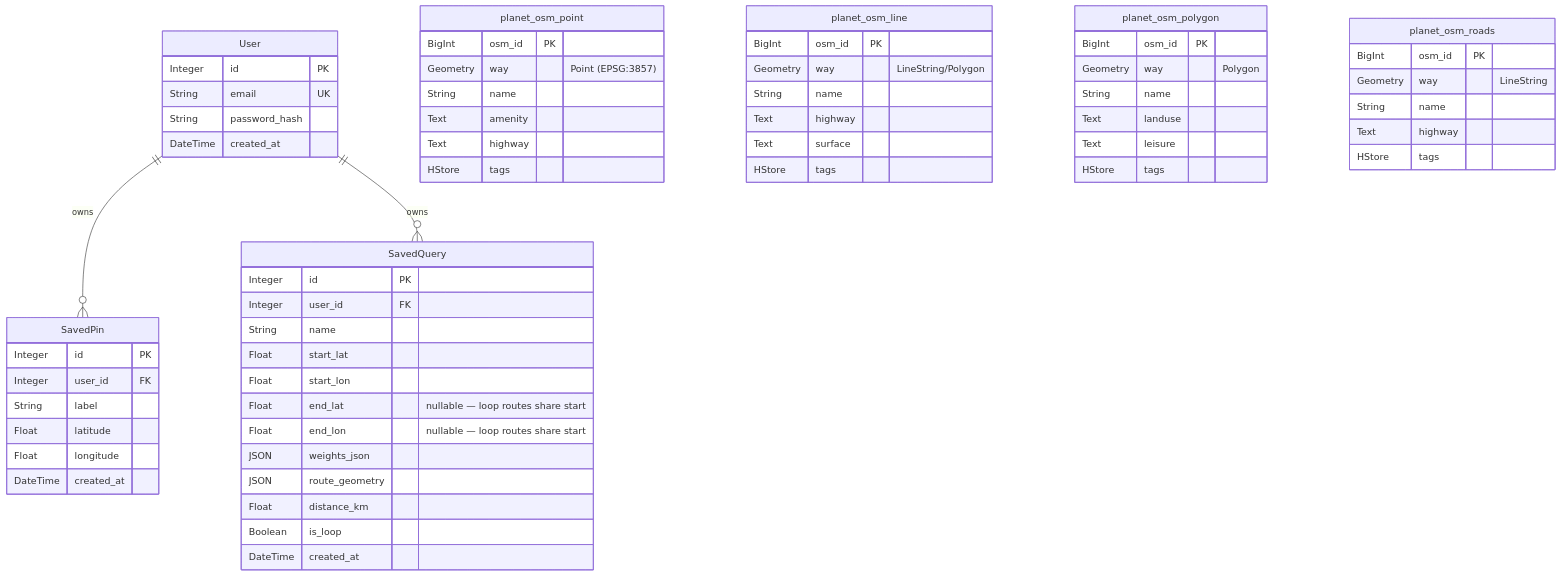
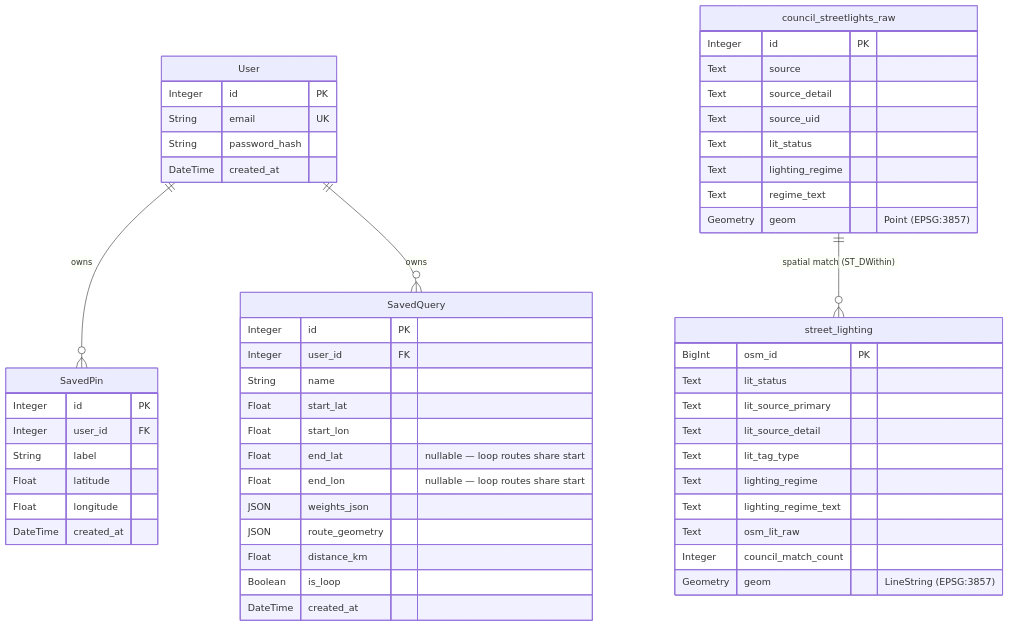
Before and after one commit to Chimpyr/pathfinder-project: the diagram in docs/report_diagrams/6_erd_dual_schema.md, drawn with Mermaid. The commit also changed other lines of this file and 2 other files, not shown here.

Commit message:
update diagrams for street lighting

````diff
--- a/docs/report_diagrams/6_erd_dual_schema.md
+++ b/docs/report_diagrams/6_erd_dual_schema.md
@@ -5,82 +5,73 @@
 ```mermaid
 erDiagram
     %% USER DB SCHEMA
     User {
         Integer id PK
         String email UK
         String password_hash
         DateTime created_at
     }
 
     SavedPin {
         Integer id PK
         Integer user_id FK
         String label
         Float latitude
         Float longitude
         DateTime created_at
     }
 
     SavedQuery {
         Integer id PK
         Integer user_id FK
         String name
         Float start_lat
         Float start_lon
         Float end_lat "nullable — loop routes share start"
         Float end_lon "nullable — loop routes share start"
         JSON weights_json
         JSON route_geometry
         Float distance_km
         Boolean is_loop
         DateTime created_at
     }
 
     %% NOTE: The report body may reference a "SavedRoute" model.
     %% No such model exists. SavedQuery fulfils this role via
     %% route_geometry (JSON) and is_loop (Boolean) columns.
     %% See: app/models/saved_query.py
 
     %% Relationships in user_db
     User ||--o{ SavedPin : "owns"
     User ||--o{ SavedQuery : "owns"
 
-    %% POSTGIS DB SCHEMA (osm2pgsql structure)
-    planet_osm_point {
-        BigInt osm_id PK
-        Geometry way "Point (EPSG:3857)"
-        String name
-        Text amenity
-        Text highway
-        HStore tags
+    %% POSTGIS DB SCHEMA (street-lighting overlay)
+    council_streetlights_raw {
+        Integer id PK
+        Text source
+        Text source_detail
+        Text source_uid
+        Text lit_status
+        Text lighting_regime
+        Text regime_text
+        Geometry geom "Point (EPSG:3857)"
     }
 
-    planet_osm_line {
+    street_lighting {
         BigInt osm_id PK
-        Geometry way "LineString/Polygon"
-        String name
-        Text highway
-        Text surface
-        HStore tags
+        Text lit_status
+        Text lit_source_primary
+        Text lit_source_detail
+        Text lit_tag_type
+        Text lighting_regime
+        Text lighting_regime_text
+        Text osm_lit_raw
+        Integer council_match_count
+        Geometry geom "LineString (EPSG:3857)"
     }
 
-    planet_osm_polygon {
-        BigInt osm_id PK
-        Geometry way "Polygon"
-        String name
-        Text landuse
-        Text leisure
-        HStore tags
-    }
-
-    planet_osm_roads {
-        BigInt osm_id PK
-        Geometry way "LineString"
-        String name
-        Text highway
-        HStore tags
-    }
+    council_streetlights_raw ||--o{ street_lighting : "spatial match (ST_DWithin)"
 
     %% STRICT BOUNDARY NOTE
     %% There are NO relationships drawn between user_db and spatial_db
 ```
````
